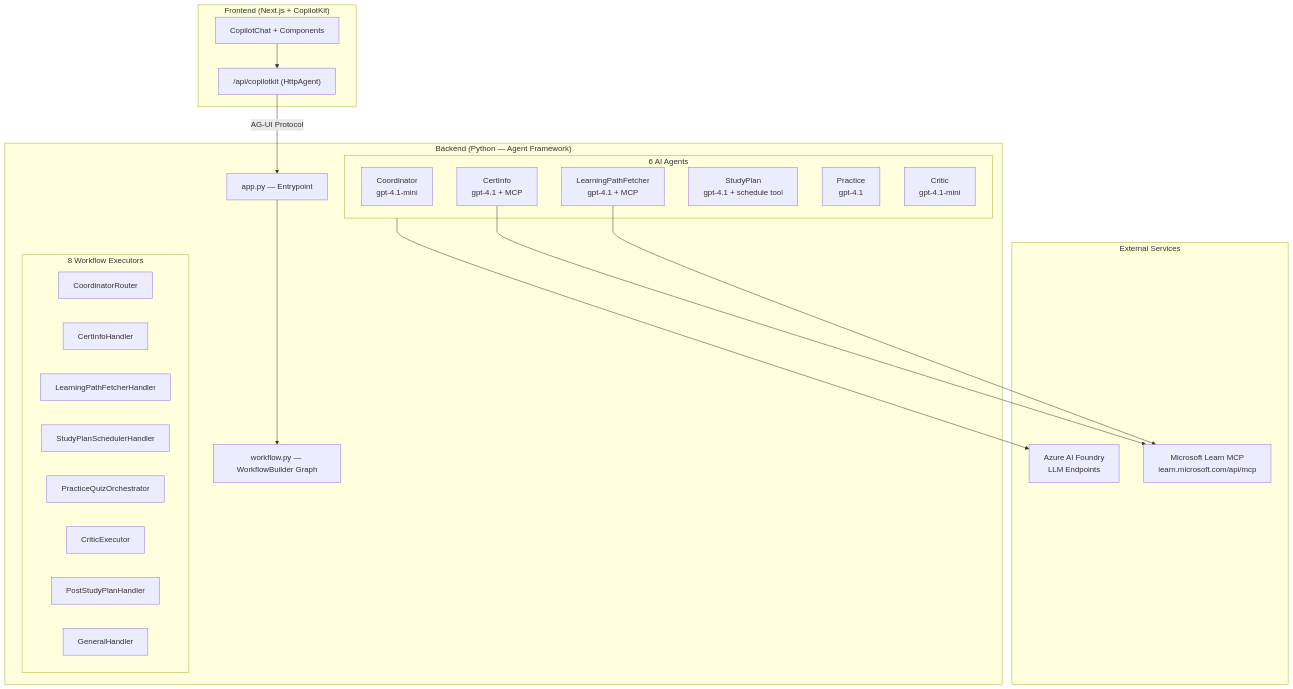
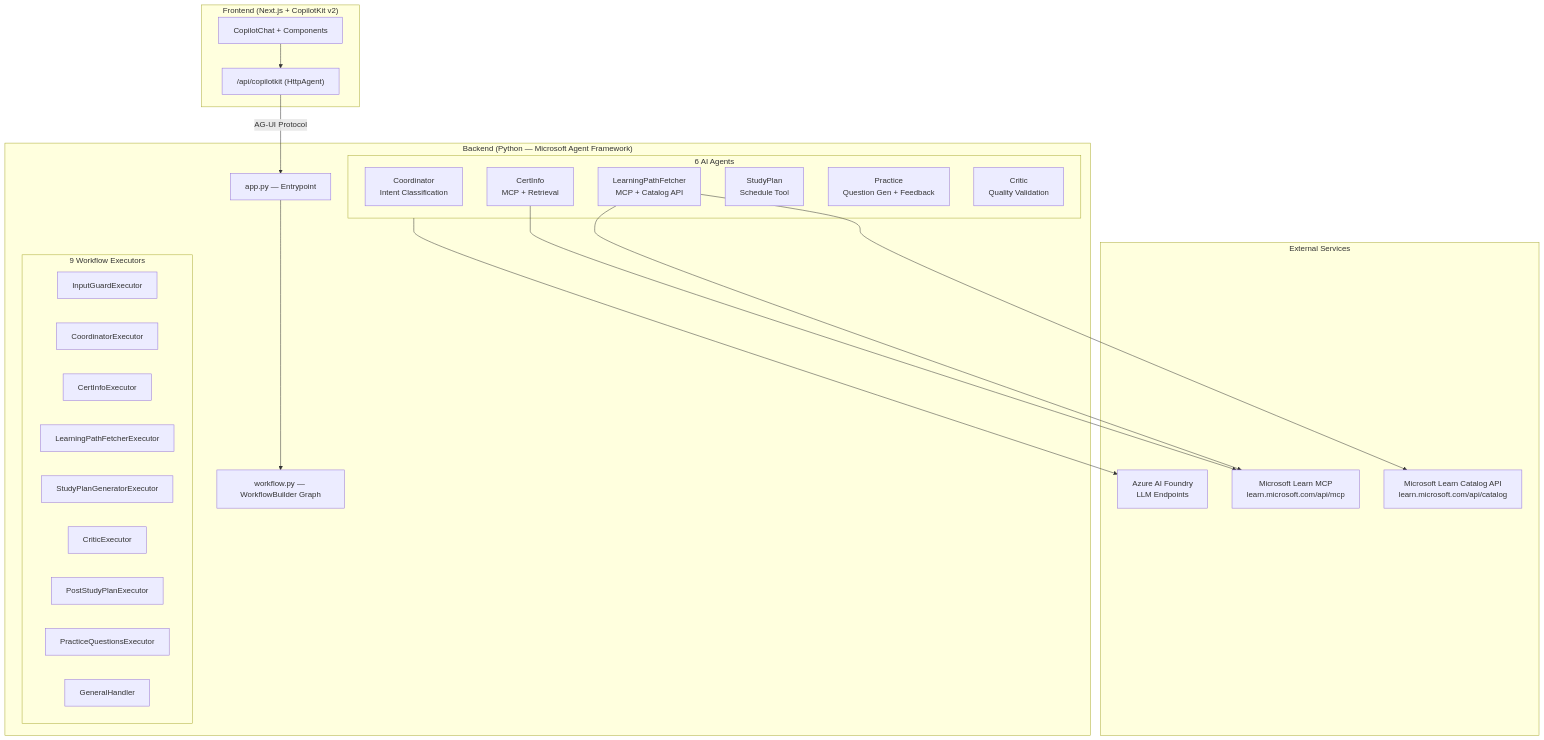
The first of 14 diagrams in ARCHITECTURE.md (fernandosalomao/certinator-ai), drawn with Mermaid before and after one commit. The commit also changed other lines of this file, not shown here.

Commit message:
Updated Architecture Doc

````diff
--- a/ARCHITECTURE.md
+++ b/ARCHITECTURE.md
@@ -48,42 +51,45 @@
 ```mermaid
 graph TB
-    subgraph Frontend["Frontend (Next.js + CopilotKit)"]
+    subgraph Frontend["Frontend (Next.js + CopilotKit v2)"]
         UI[CopilotChat + Components]
         API["/api/copilotkit (HttpAgent)"]
         UI --> API
     end
 
-    subgraph Backend["Backend (Python — Agent Framework)"]
+    subgraph Backend["Backend (Python — Microsoft Agent Framework)"]
         APP[app.py — Entrypoint]
         WF[workflow.py — WorkflowBuilder Graph]
         subgraph Agents["6 AI Agents"]
-            COORD_A[Coordinator<br/>gpt-4.1-mini]
-            CERT_A[CertInfo<br/>gpt-4.1 + MCP]
-            LPF_A[LearningPathFetcher<br/>gpt-4.1 + MCP]
-            SP_A[StudyPlan<br/>gpt-4.1 + schedule tool]
-            PQ_A[Practice<br/>gpt-4.1]
-            CRITIC_A[Critic<br/>gpt-4.1-mini]
+            COORD_A[Coordinator<br/>Intent Classification]
+            CERT_A[CertInfo<br/>MCP + Retrieval]
+            LPF_A[LearningPathFetcher<br/>MCP + Catalog API]
+            SP_A[StudyPlan<br/>Schedule Tool]
+            PQ_A[Practice<br/>Question Gen + Feedback]
+            CRITIC_A[Critic<br/>Quality Validation]
         end
-        subgraph Executors["8 Workflow Executors"]
-            COORD_E[CoordinatorRouter]
-            CERT_E[CertInfoHandler]
-            LPF_E[LearningPathFetcherHandler]
-            SP_E[StudyPlanSchedulerHandler]
-            PQ_E[PracticeQuizOrchestrator]
+        subgraph Executors["9 Workflow Executors"]
+            GUARD_E[InputGuardExecutor]
+            COORD_E[CoordinatorExecutor]
+            CERT_E[CertInfoExecutor]
+            LPF_E[LearningPathFetcherExecutor]
+            SP_E[StudyPlanGeneratorExecutor]
             CRITIC_E[CriticExecutor]
-            PSP_E[PostStudyPlanHandler]
+            PSP_E[PostStudyPlanExecutor]
+            PQ_E[PracticeQuestionsExecutor]
             GEN_E[GeneralHandler]
         end
         APP --> WF
     end
 
     subgraph External["External Services"]
         FOUNDRY[Azure AI Foundry<br/>LLM Endpoints]
         MCP[Microsoft Learn MCP<br/>learn.microsoft.com/api/mcp]
+        CATALOG[Microsoft Learn Catalog API<br/>learn.microsoft.com/api/catalog]
     end
 
     API -- "AG-UI Protocol" --> APP
     Agents --> FOUNDRY
     CERT_A --> MCP
     LPF_A --> MCP
+    LPF_A --> CATALOG
 ```
````
